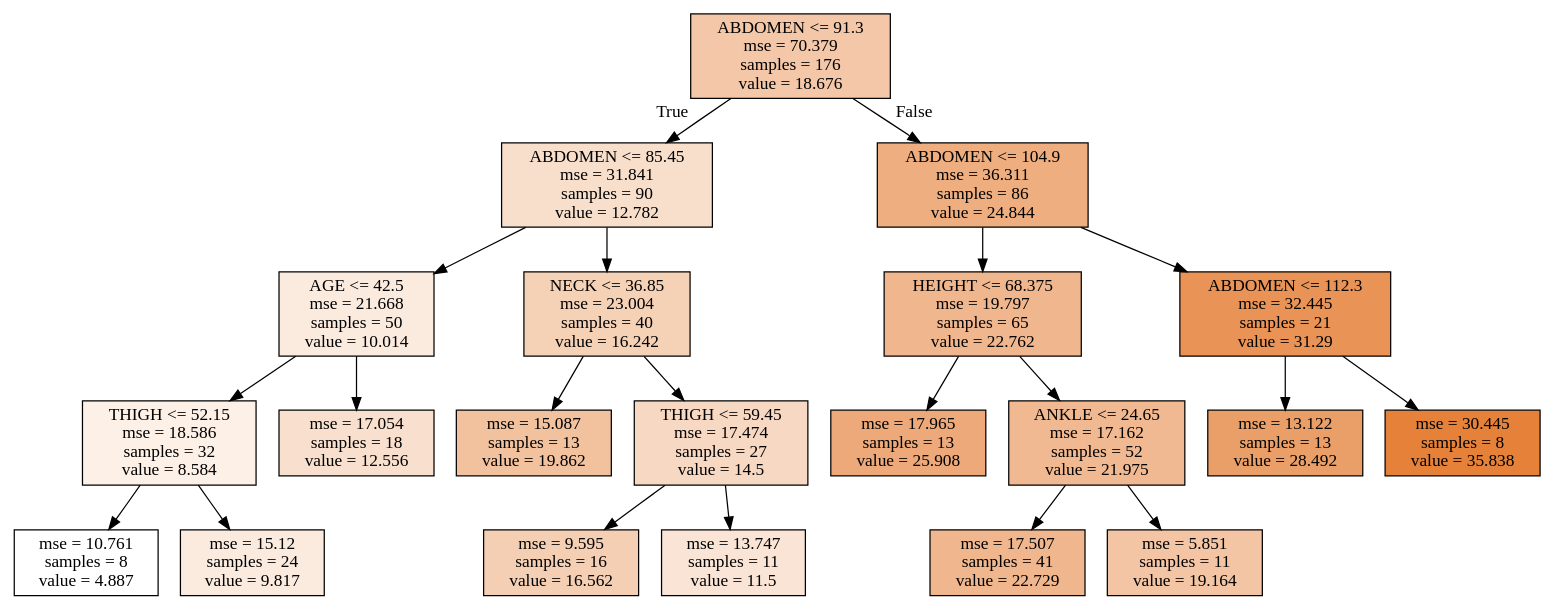
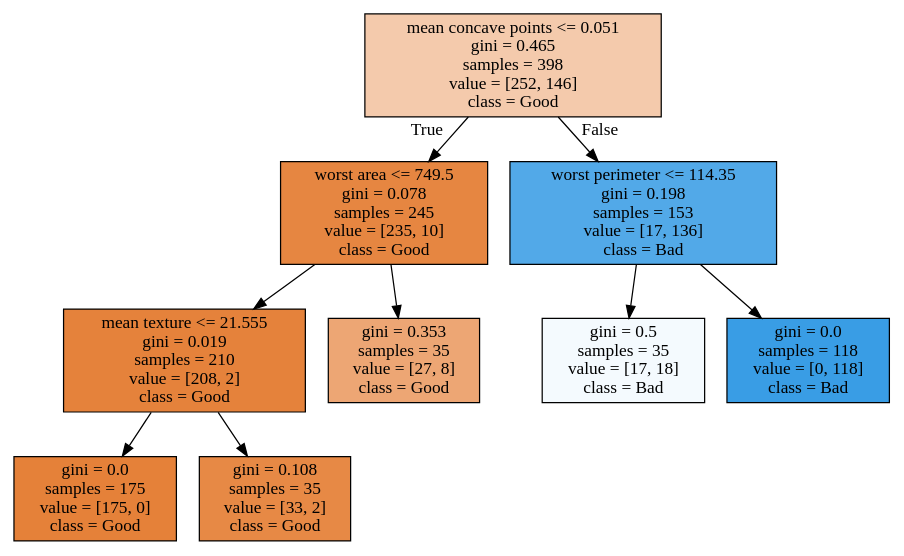
One commit to InkyunMoon/posco_academy changed the diagram in tree_final.dot. Above: the diagram before and after it, drawn with Graphviz. The commit also changed 12 other files, not shown here.

```diff
--- a/tree_final.dot
+++ b/tree_final.dot
@@ -1,44 +1,20 @@
 digraph Tree {
 node [shape=box, style="filled", color="black"] ;
-0 [label="ABDOMEN <= 91.3\nmse = 70.379\nsamples = 176\nvalue = 18.676", fillcolor="#f3c7a7"] ;
-1 [label="ABDOMEN <= 85.45\nmse = 31.841\nsamples = 90\nvalue = 12.782", fillcolor="#f8dfcc"] ;
+0 [label="mean concave points <= 0.051\ngini = 0.465\nsamples = 398\nvalue = [252, 146]\nclass = Good", fillcolor="#f4caac"] ;
+1 [label="worst area <= 749.5\ngini = 0.078\nsamples = 245\nvalue = [235, 10]\nclass = Good", fillcolor="#e68641"] ;
 0 -> 1 [labeldistance=2.5, labelangle=45, headlabel="True"] ;
-2 [label="AGE <= 42.5\nmse = 21.668\nsamples = 50\nvalue = 10.014", fillcolor="#fbeade"] ;
+2 [label="mean texture <= 21.555\ngini = 0.019\nsamples = 210\nvalue = [208, 2]\nclass = Good", fillcolor="#e5823b"] ;
 1 -> 2 ;
-3 [label="THIGH <= 52.15\nmse = 18.586\nsamples = 32\nvalue = 8.584", fillcolor="#fcf0e7"] ;
+3 [label="gini = 0.0\nsamples = 175\nvalue = [175, 0]\nclass = Good", fillcolor="#e58139"] ;
 2 -> 3 ;
-4 [label="mse = 10.761\nsamples = 8\nvalue = 4.887", fillcolor="#ffffff"] ;
-3 -> 4 ;
-5 [label="mse = 15.12\nsamples = 24\nvalue = 9.817", fillcolor="#fbebdf"] ;
-3 -> 5 ;
-6 [label="mse = 17.054\nsamples = 18\nvalue = 12.556", fillcolor="#f9e0ce"] ;
-2 -> 6 ;
-7 [label="NECK <= 36.85\nmse = 23.004\nsamples = 40\nvalue = 16.242", fillcolor="#f5d1b6"] ;
-1 -> 7 ;
-8 [label="mse = 15.087\nsamples = 13\nvalue = 19.862", fillcolor="#f2c29f"] ;
-7 -> 8 ;
-9 [label="THIGH <= 59.45\nmse = 17.474\nsamples = 27\nvalue = 14.5", fillcolor="#f7d8c2"] ;
-7 -> 9 ;
-10 [label="mse = 9.595\nsamples = 16\nvalue = 16.562", fillcolor="#f5cfb4"] ;
-9 -> 10 ;
-11 [label="mse = 13.747\nsamples = 11\nvalue = 11.5", fillcolor="#f9e4d5"] ;
-9 -> 11 ;
-12 [label="ABDOMEN <= 104.9\nmse = 36.311\nsamples = 86\nvalue = 24.844", fillcolor="#eeae7f"] ;
-0 -> 12 [labeldistance=2.5, labelangle=-45, headlabel="False"] ;
-13 [label="HEIGHT <= 68.375\nmse = 19.797\nsamples = 65\nvalue = 22.762", fillcolor="#f0b68d"] ;
-12 -> 13 ;
-14 [label="mse = 17.965\nsamples = 13\nvalue = 25.908", fillcolor="#eda979"] ;
-13 -> 14 ;
-15 [label="ANKLE <= 24.65\nmse = 17.162\nsamples = 52\nvalue = 21.975", fillcolor="#f1b992"] ;
-13 -> 15 ;
-16 [label="mse = 17.507\nsamples = 41\nvalue = 22.729", fillcolor="#f0b68d"] ;
-15 -> 16 ;
-17 [label="mse = 5.851\nsamples = 11\nvalue = 19.164", fillcolor="#f3c5a4"] ;
-15 -> 17 ;
-18 [label="ABDOMEN <= 112.3\nmse = 32.445\nsamples = 21\nvalue = 31.29", fillcolor="#e99456"] ;
-12 -> 18 ;
-19 [label="mse = 13.122\nsamples = 13\nvalue = 28.492", fillcolor="#eb9f68"] ;
-18 -> 19 ;
-20 [label="mse = 30.445\nsamples = 8\nvalue = 35.838", fillcolor="#e58139"] ;
-18 -> 20 ;
+4 [label="gini = 0.108\nsamples = 35\nvalue = [33, 2]\nclass = Good", fillcolor="#e78945"] ;
+2 -> 4 ;
+5 [label="gini = 0.353\nsamples = 35\nvalue = [27, 8]\nclass = Good", fillcolor="#eda674"] ;
+1 -> 5 ;
+6 [label="worst perimeter <= 114.35\ngini = 0.198\nsamples = 153\nvalue = [17, 136]\nclass = Bad", fillcolor="#52a9e8"] ;
+0 -> 6 [labeldistance=2.5, labelangle=-45, headlabel="False"] ;
+7 [label="gini = 0.5\nsamples = 35\nvalue = [17, 18]\nclass = Bad", fillcolor="#f4fafe"] ;
+6 -> 7 ;
+8 [label="gini = 0.0\nsamples = 118\nvalue = [0, 118]\nclass = Bad", fillcolor="#399de5"] ;
+6 -> 8 ;
 }
```
